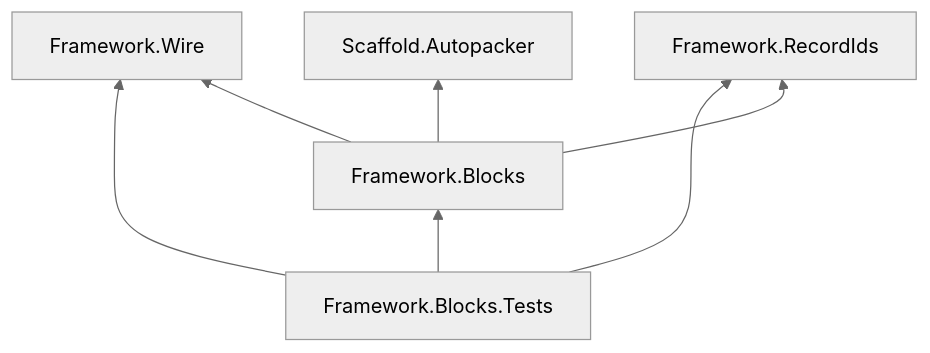
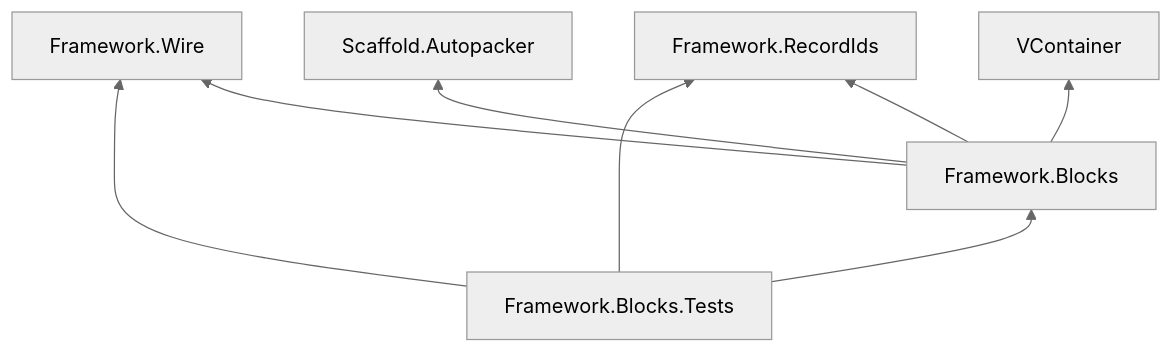
One commit to MgCohen/Card-Framework changed the diagram in Product/spikes/infra-block-wire.md. Above: the diagram before and after it, drawn with Mermaid (neutral theme). The commit also changed other lines of this file, not shown here.

````diff
--- a/Product/spikes/infra-block-wire.md
+++ b/Product/spikes/infra-block-wire.md
@@ -538,9 +560,10 @@
 ```mermaid
 flowchart BT
   B["Framework.Blocks"] --> W["Framework.Wire"]
-  B --> C["Framework.RecordIds"]
+  B --> R["Framework.RecordIds"]
   B --> P["Scaffold.Autopacker"]
+  B --> V["VContainer"]
   T["Framework.Blocks.Tests"] --> B
   T --> W
-  T --> C
+  T --> R
 ```
````
